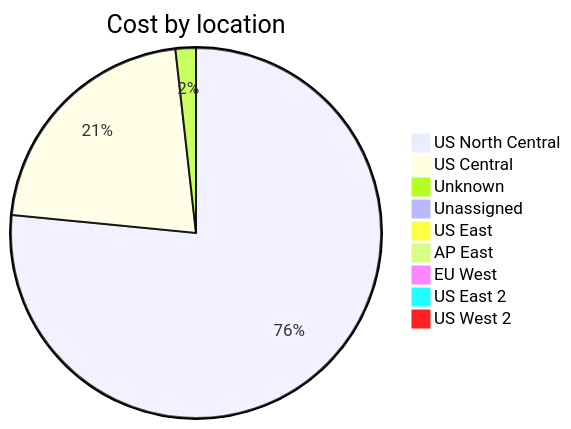
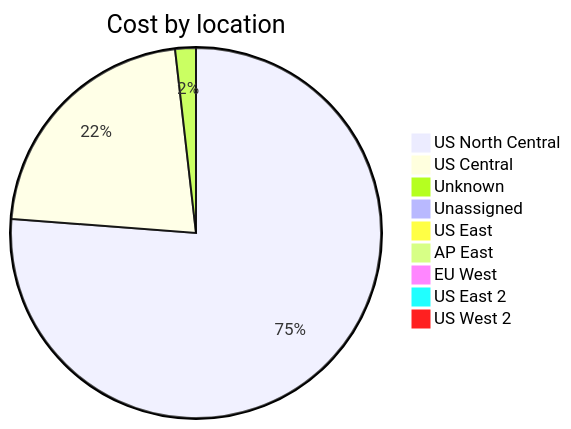
The third of 4 diagrams in cost-reports/accumulated-cost.md (jpfulton/azure-personal-reports), drawn with Mermaid before and after one commit. The commit also changed other lines of this file and 4 other files, not shown here.

````diff
--- a/cost-reports/accumulated-cost.md
+++ b/cost-reports/accumulated-cost.md
@@ -129,13 +129,13 @@
 ```mermaid
 pie
    title Cost by location
-   "US North Central" : 29.23
-   "US Central" : 8.27
-   "Unknown" : 0.68
-   "Unassigned" : 0.33
-   "US East" : 0.15
+   "US North Central" : 30.73
+   "US Central" : 8.86
+   "Unknown" : 0.73
+   "Unassigned" : 0.36
+   "US East" : 0.16
    "AP East" : 0.00
    "EU West" : 0.00
    "US East 2" : 0.00
    "US West 2" : 0.00
 ```
````
